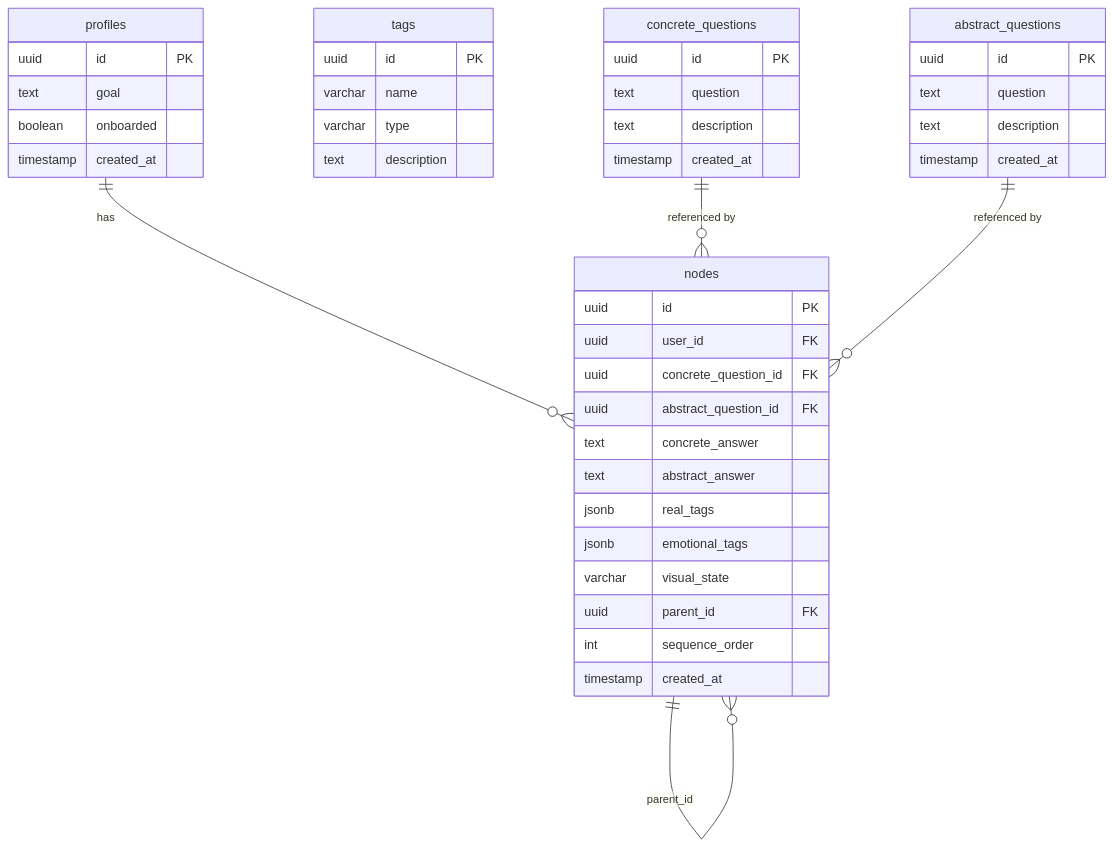
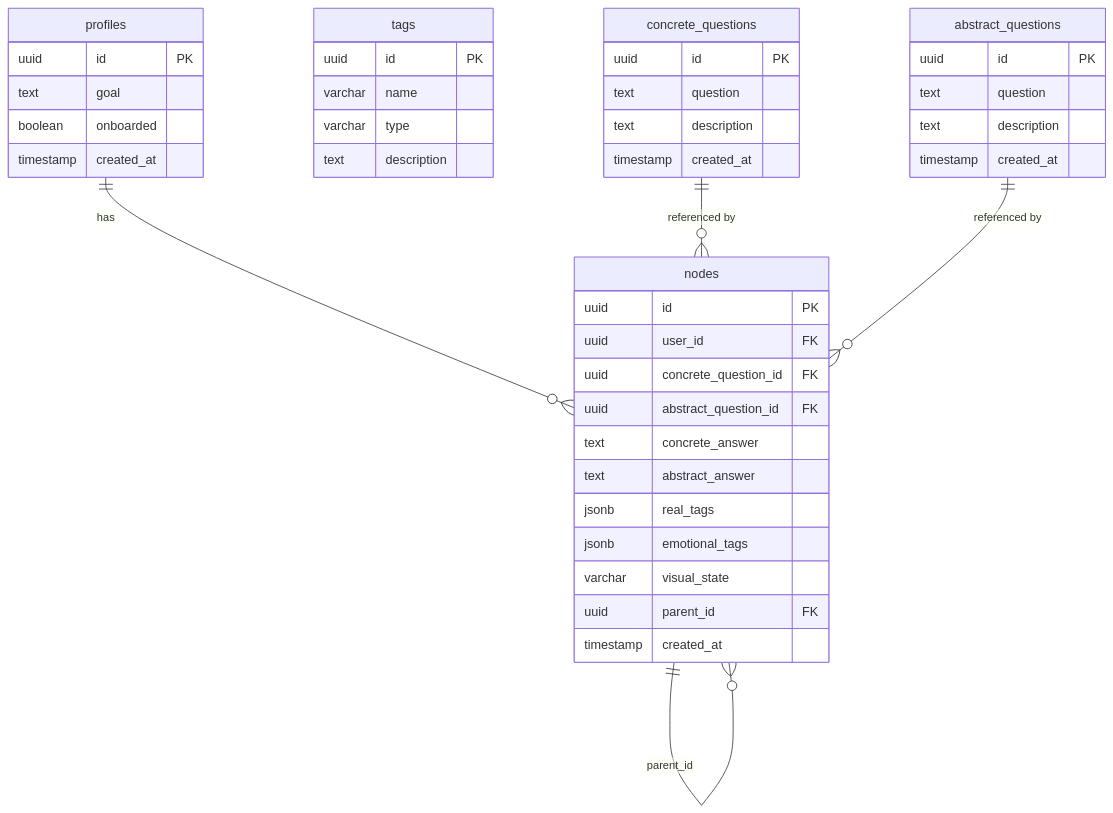
One commit to Asheze1127/hackathon-2026-in-apu changed the diagram in docs/details/05_erd.md. Above: the diagram before and after it, drawn with Mermaid. The commit also changed other lines of this file, not shown here.

Commit message:
fix: :bug:  delete-sequens-order

````diff
--- a/docs/details/05_erd.md
+++ b/docs/details/05_erd.md
@@ -32,50 +32,49 @@
 ```mermaid
 erDiagram
     profiles {
         uuid id PK
         text goal
         boolean onboarded
         timestamp created_at
     }
 
     tags {
         uuid id PK
         varchar name
         varchar type
         text description
     }
 
     abstract_questions {
         uuid id PK
         text question
         text description
         timestamp created_at
     }
 
     concrete_questions {
         uuid id PK
         text question
         text description
         timestamp created_at
     }
 
     nodes {
         uuid id PK
         uuid user_id FK
         uuid concrete_question_id FK
         uuid abstract_question_id FK
         text concrete_answer
         text abstract_answer
         jsonb real_tags
         jsonb emotional_tags
         varchar visual_state
         uuid parent_id FK
-        int sequence_order
         timestamp created_at
     }
 
     profiles ||--o{ nodes : "has"
     concrete_questions ||--o{ nodes : "referenced by"
     abstract_questions ||--o{ nodes : "referenced by"
     nodes ||--o{ nodes : "parent_id"
 ```
````
